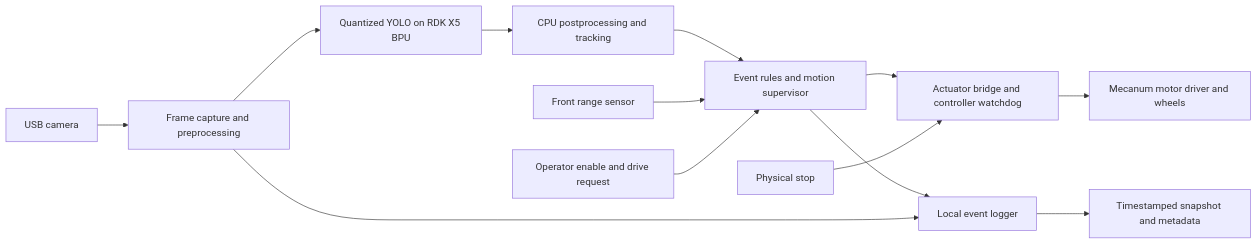
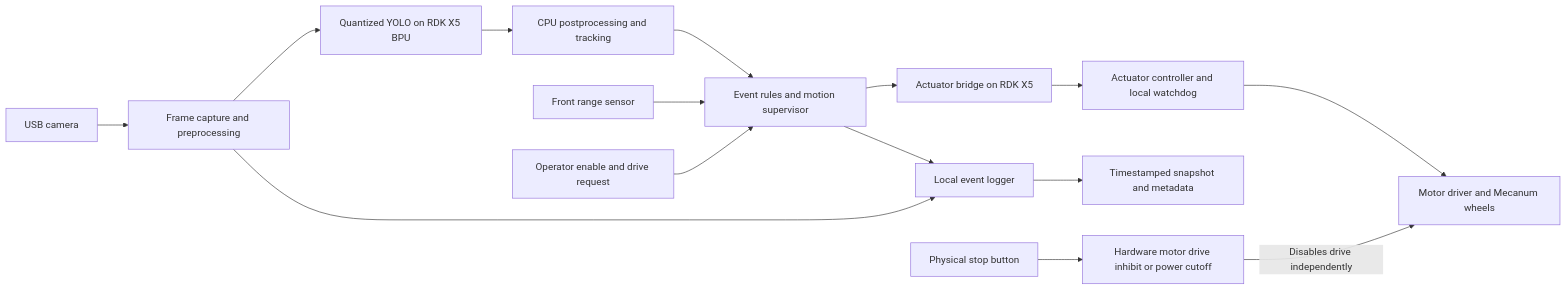
Before and after one commit to Sorawit-2005/Robotics-Dream-Keeper-Challenge-Winter: the first of 2 diagrams in docs/stage2/ARCHITECTURE.md, drawn with Mermaid. The commit also changed other lines of this file and 6 other files, not shown here.

````diff
--- a/docs/stage2/ARCHITECTURE.md
+++ b/docs/stage2/ARCHITECTURE.md
@@ -7,15 +7,17 @@
 ```mermaid
 flowchart LR
     C[USB camera] --> P[Frame capture and preprocessing]
     P --> B[Quantized YOLO on RDK X5 BPU]
     B --> T[CPU postprocessing and tracking]
     T --> D[Event rules and motion supervisor]
     S[Front range sensor] --> D
     O[Operator enable and drive request] --> D
-    D --> A[Actuator bridge and controller watchdog]
-    A --> W[Mecanum motor driver and wheels]
+    D --> A[Actuator bridge on RDK X5]
+    A --> H[Actuator controller and local watchdog]
+    H --> W[Motor driver and Mecanum wheels]
     D --> E[Local event logger]
     P --> E
     E --> L[Timestamped snapshot and metadata]
-    X[Physical stop] --> A
+    X[Physical stop button] --> Y[Hardware motor drive inhibit or power cutoff]
+    Y -->|Disables drive independently| W
 ```
````
